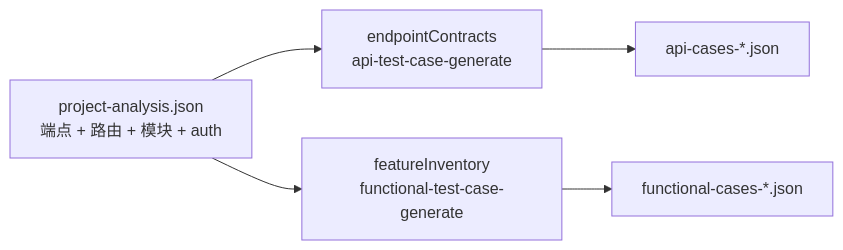
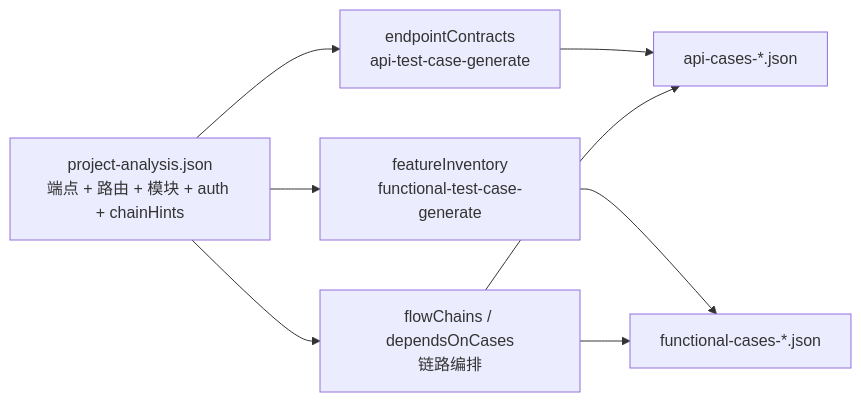
Before and after one commit to MakaCove/ai-test-pipeline: the diagram in project-analyzer/06_下游衔接.md, drawn with Mermaid. The commit also changed other lines of this file and 42 other files, not shown here.

````diff
--- a/project-analyzer/06_下游衔接.md
+++ b/project-analyzer/06_下游衔接.md
@@ -7,11 +7,15 @@
 ```mermaid
 flowchart LR
-  PA["project-analysis.json<br/>端点 + 路由 + 模块 + auth"]
+  PA["project-analysis.json<br/>端点 + 路由 + 模块 + auth + chainHints"]
   EC["endpointContracts<br/>api-test-case-generate"]
   FI["featureInventory<br/>functional-test-case-generate"]
+  CH["flowChains / dependsOnCases<br/>链路编排"]
   AC["api-cases-*.json"]
   FC["functional-cases-*.json"]
 
   PA --> EC --> AC
   PA --> FI --> FC
+  PA --> CH
+  CH --> AC
+  CH --> FC
 ```
````
